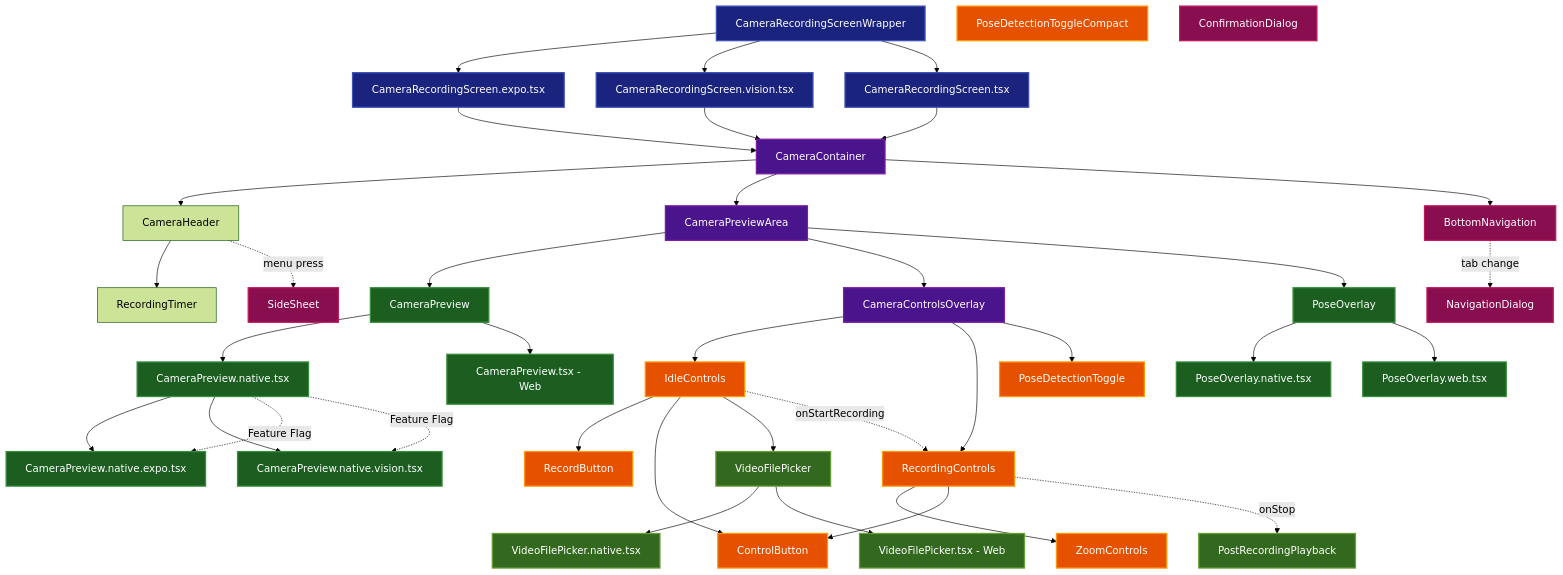
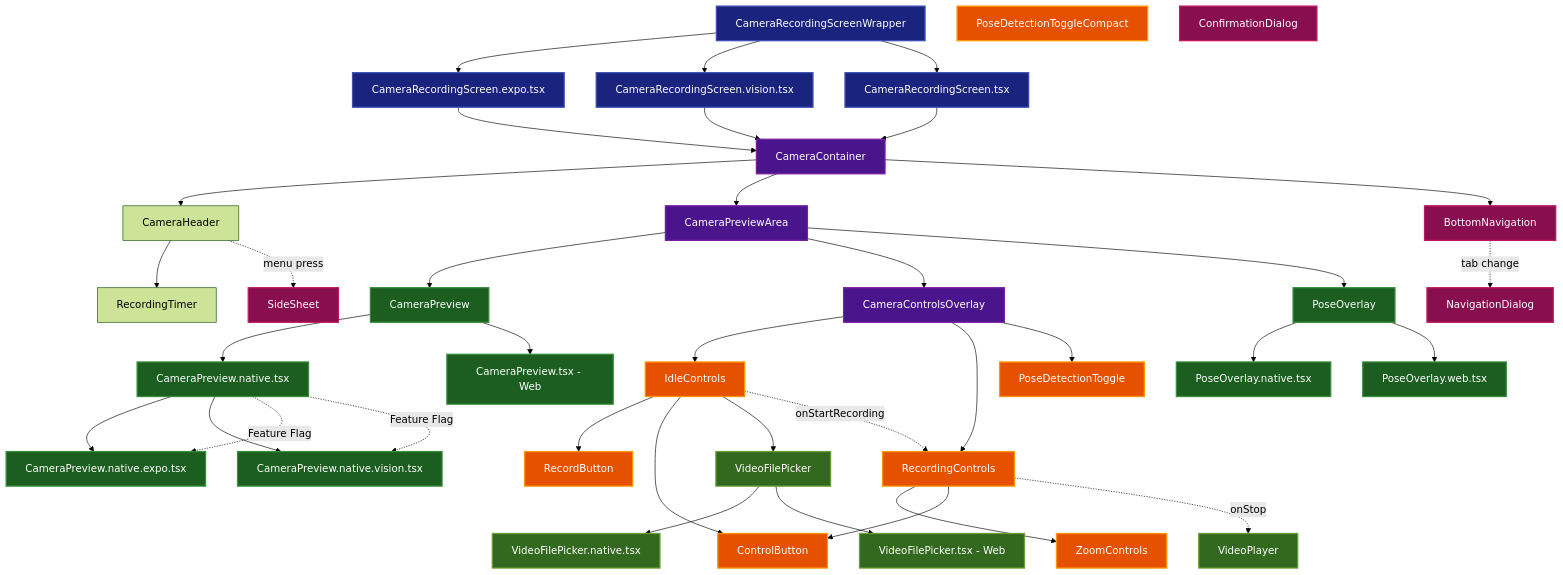
Before and after one commit to JohnSchweden/sololevel: the diagram in docs/features/camera-recording/camera-recording-design-layout.md, drawn with Mermaid (forest theme). The commit also changed other lines of this file and 49 other files, not shown here.

````diff
--- a/docs/features/camera-recording/camera-recording-design-layout.md
+++ b/docs/features/camera-recording/camera-recording-design-layout.md
@@ -54,7 +54,7 @@
     VFPW[VideoFilePicker.tsx - Web]
     
     %% Post-Recording
-    PRP[PostRecordingPlayback]
+    VP[VideoPlayer]
     
     %% Component Hierarchy
     CRSW --> CRSE
@@ -99,7 +99,7 @@
     
     %% State Management & Interactions
     IC -.->|"onStartRecording"| RC
-    RC -.->|"onStop"| PRP
+    RC -.->|"onStop"| VP
     BN -.->|"tab change"| ND
     CH -.->|"menu press"| SS
     
@@ -120,5 +120,5 @@
     class CP,CPN,CPNE,CPNV,CPW,PO,PON,POW camera
     class IC,RC,RB,CB,ZC,PDT,PDTC controls
     class BN,ND,CD,SS navigation
-    class VFP,VFPN,VFPW,PRP platform
+    class VFP,VFPN,VFPW,VP platform
 ```
````
